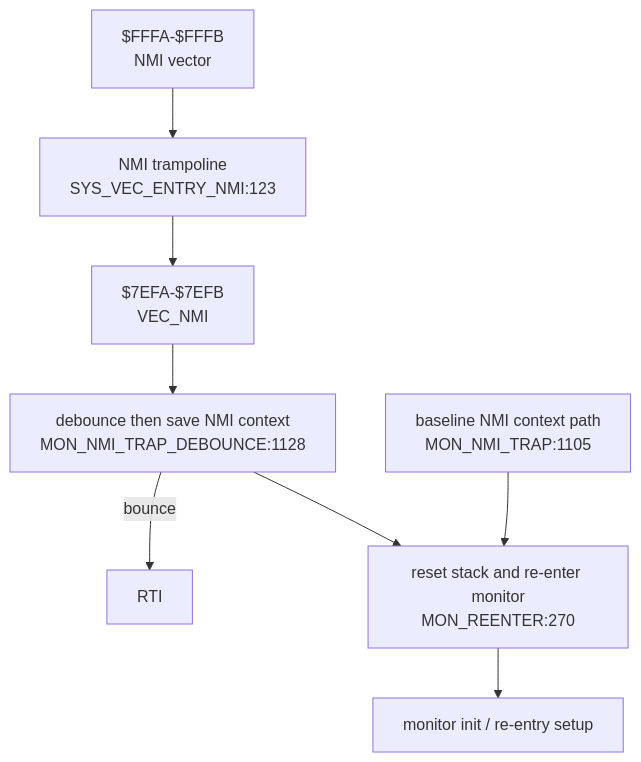
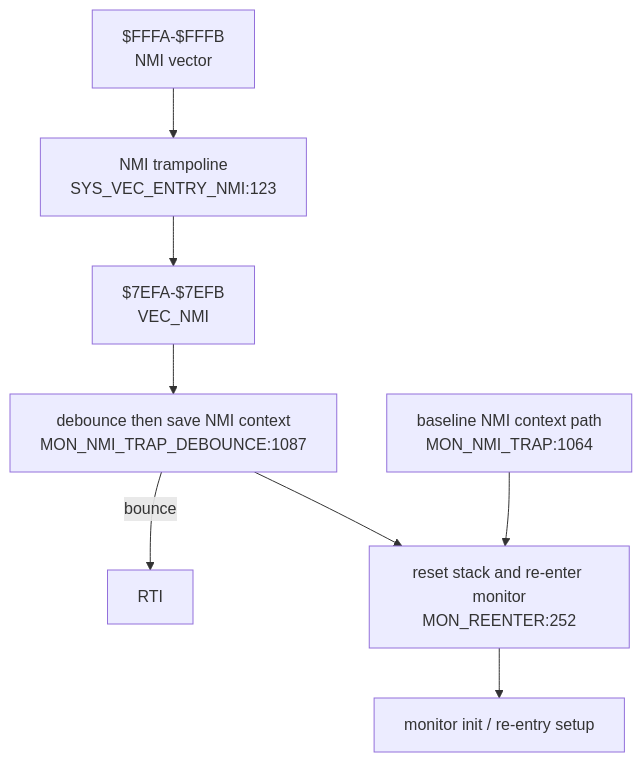
One commit to 95westus/R-YORS changed the fourth of 6 diagrams in DOC/GENERATED/INTERRUPT_VECTOR_MAP.md. Above: the diagram before and after it, drawn with Mermaid. The commit also changed other lines of this file and 29 other files, not shown here.

````diff
--- a/DOC/GENERATED/INTERRUPT_VECTOR_MAP.md
+++ b/DOC/GENERATED/INTERRUPT_VECTOR_MAP.md
@@ -62,10 +62,10 @@
 ```mermaid
 flowchart TD
     NMIV["$FFFA-$FFFB<br/>NMI vector"] --> NMIENTRY["NMI trampoline<br/>SYS_VEC_ENTRY_NMI:123"]
     NMIENTRY --> VECNMI["$7EFA-$7EFB<br/>VEC_NMI"]
-    VECNMI --> NMITRAP["debounce then save NMI context<br/>MON_NMI_TRAP_DEBOUNCE:1128"]
+    VECNMI --> NMITRAP["debounce then save NMI context<br/>MON_NMI_TRAP_DEBOUNCE:1087"]
     NMITRAP -->|bounce| RTINMI["RTI"]
-    NMITRAP --> REENTER["reset stack and re-enter monitor<br/>MON_REENTER:270"]
-    NMIBASE["baseline NMI context path<br/>MON_NMI_TRAP:1105"] --> REENTER
+    NMITRAP --> REENTER["reset stack and re-enter monitor<br/>MON_REENTER:252"]
+    NMIBASE["baseline NMI context path<br/>MON_NMI_TRAP:1064"] --> REENTER
     REENTER --> INIT["monitor init / re-entry setup"]
 ```
````
